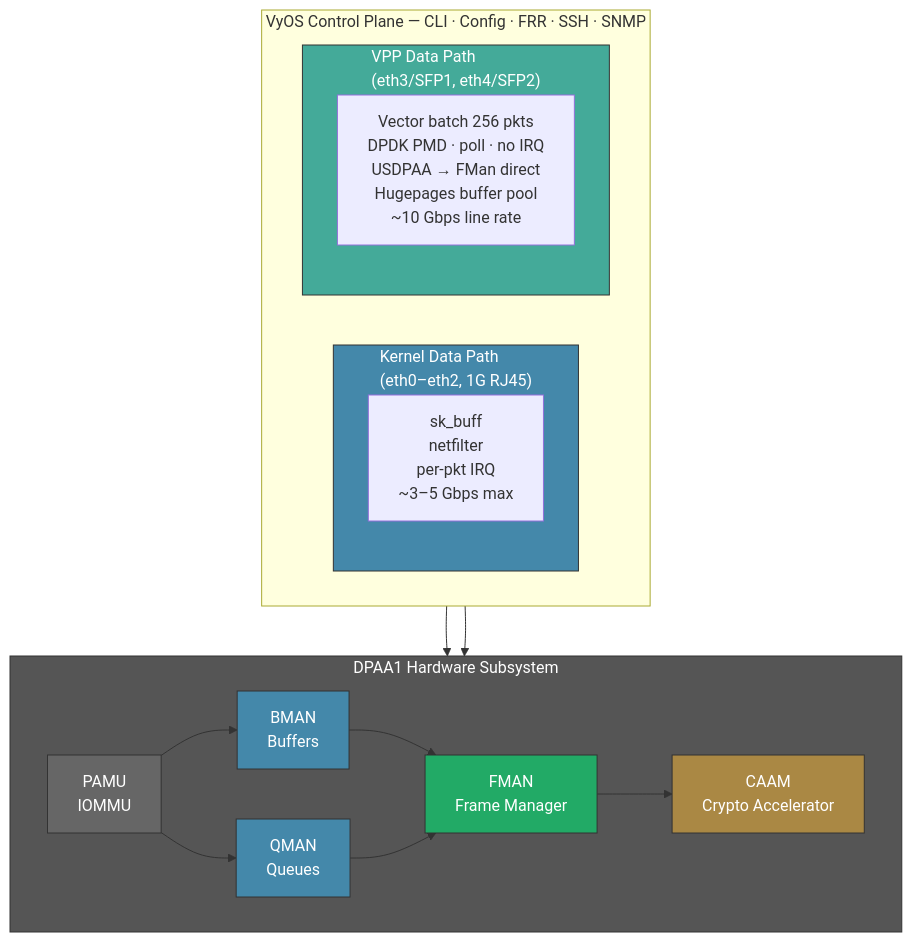
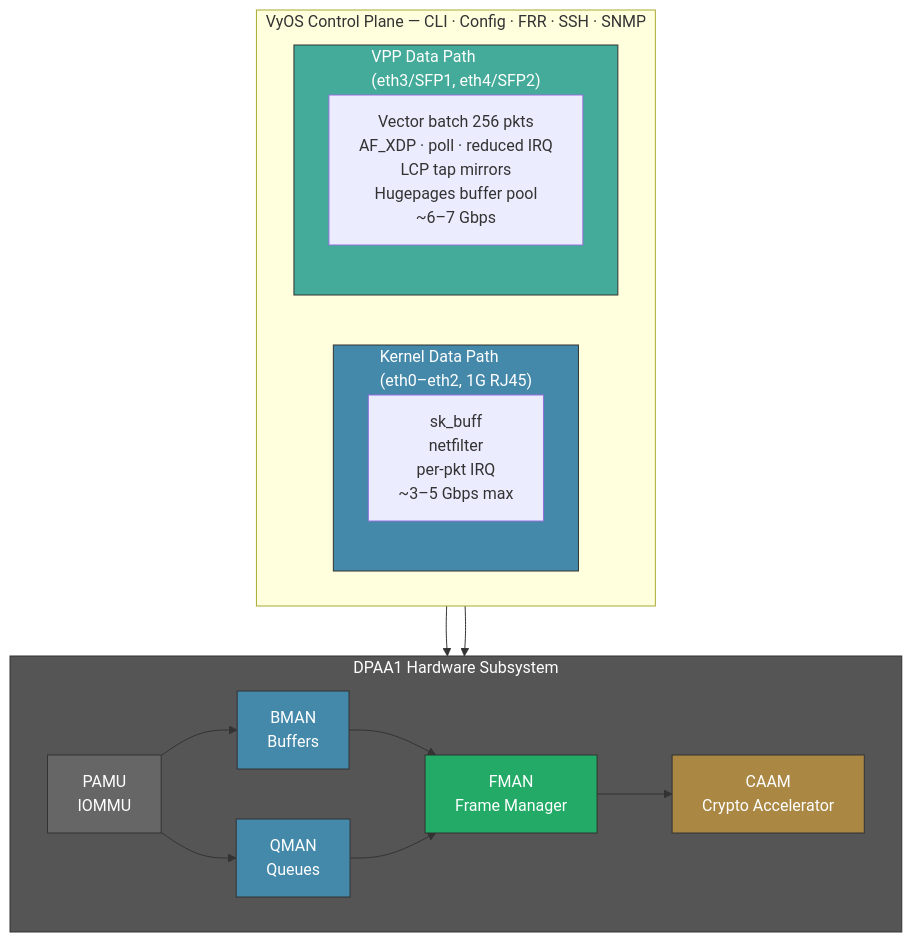
Before and after one commit to Daegara/vyos-ls1046a-build: the first of 3 diagrams in VPP.md, drawn with Mermaid. The commit also changed other lines of this file and 5 other files, not shown here.

````diff
--- a/VPP.md
+++ b/VPP.md
@@ -109,32 +178,32 @@
 ```mermaid
 flowchart TD
   subgraph VyOS["VyOS Control Plane — CLI · Config · FRR · SSH · SNMP"]
     direction LR
     subgraph KDP["Kernel Data Path<br/>(eth0–eth2, 1G RJ45)"]
       K1["sk_buff<br/>netfilter<br/>per-pkt IRQ<br/>~3–5 Gbps max"]
     end
     subgraph VDP["VPP Data Path<br/>(eth3/SFP1, eth4/SFP2)"]
-      V1["Vector batch 256 pkts<br/>DPDK PMD · poll · no IRQ<br/>USDPAA → FMan direct<br/>Hugepages buffer pool<br/>~10 Gbps line rate"]
+      V1["Vector batch 256 pkts<br/>AF_XDP · poll · reduced IRQ<br/>LCP tap mirrors<br/>Hugepages buffer pool<br/>~6–7 Gbps"]
     end
   end
 
   subgraph HW["DPAA1 Hardware Subsystem"]
     PAMU["PAMU<br/>IOMMU"] --> BMAN["BMAN<br/>Buffers"]
     PAMU --> QMAN["QMAN<br/>Queues"]
     BMAN --> FMAN["FMAN<br/>Frame Manager"]
     QMAN --> FMAN
     FMAN --> CAAM["CAAM<br/>Crypto Accelerator"]
   end
 
   KDP --> HW
   VDP --> HW
 
   style KDP fill:#48a,stroke:#333,color:#fff
   style VDP fill:#4a9,stroke:#333,color:#fff
   style HW fill:#555,stroke:#333,color:#fff
   style PAMU fill:#666,stroke:#333,color:#fff
   style BMAN fill:#48a,stroke:#333,color:#fff
   style QMAN fill:#48a,stroke:#333,color:#fff
   style FMAN fill:#2a6,stroke:#333,color:#fff
   style CAAM fill:#a84,stroke:#333,color:#fff
 ```
````
